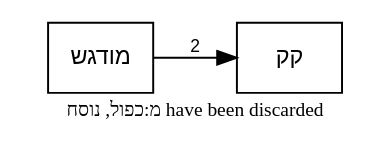
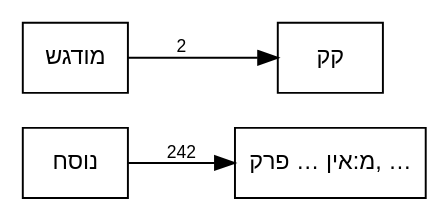
The diagram in out/tmpl-survey-plain/plain-call-graph-c.dot (bdenckla/MAM-basics), drawn with Graphviz before and after one commit. The commit also changed 6 other files, not shown here.

```diff
--- a/out/tmpl-survey-plain/plain-call-graph-c.dot
+++ b/out/tmpl-survey-plain/plain-call-graph-c.dot
@@ -1,17 +1,26 @@
 // This file was generated by MAM-basics/py/main_tmpl_survey.py.
 // Do not edit by hand.
 digraph template_call_graph {
     rankdir=LR;
     node [fontname="SBL Hebrew,Helvetica", fontsize=12];
     edge [fontname="Helvetica", fontsize=9];
     graph [comment="This file was generated by MAM-basics/py/main_tmpl_survey.py."];
 
     // Template nodes
     node [shape=box, style=""];
-
-    // Note
-    graph [label="מ:כפול, נוסח have been discarded", labelloc=b, fontsize=10];
+    "מ:אין … פרק, …" [tooltip="מ:אין פרשה בתחילת פרק
+מ:אין פרשה בתחילת פרק בספרי אמ״ת
+מ:סיום בטוב
+מ:קישור בהערה
+סס
+ססס
+פפ
+פפפ
+ר1
+ר4
+ש"];
 
     // Edges
     "מודגש" -> "קק" [label="2"];
+    "נוסח" -> "מ:אין … פרק, …" [label="242"];
 }
```
